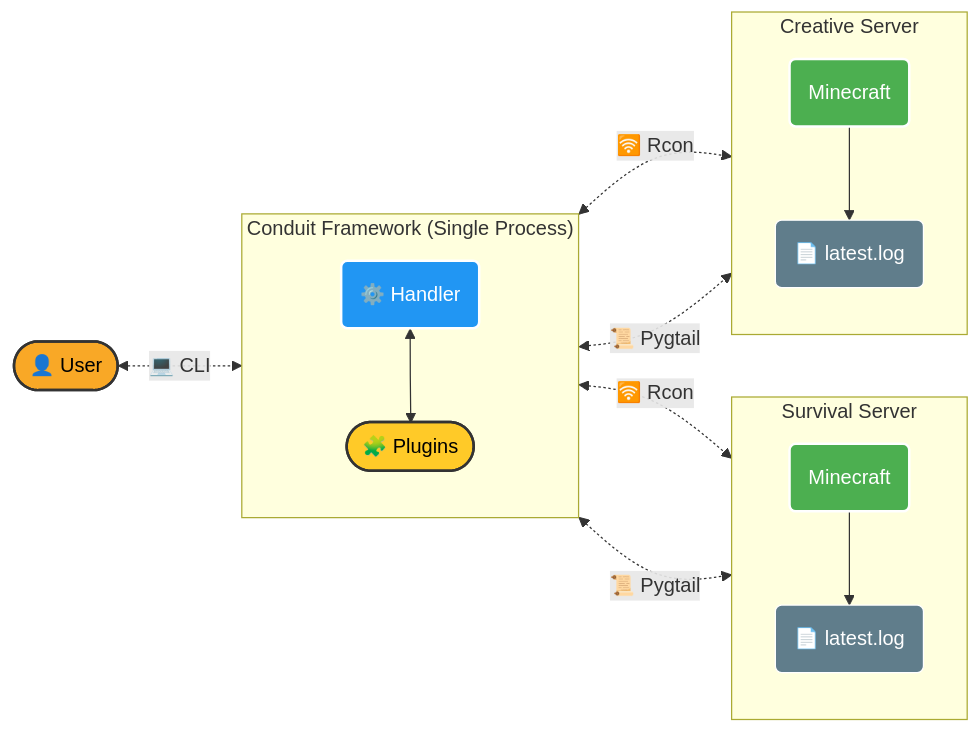
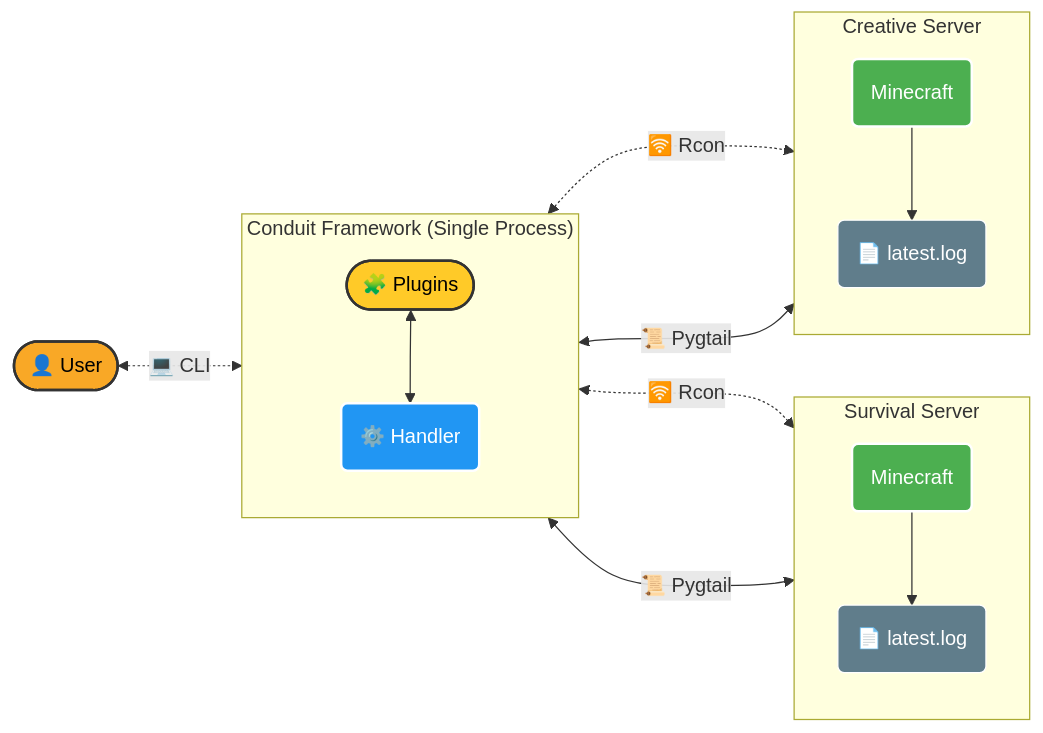
Before and after one commit to 1attila/test: the first of 2 diagrams in README.md, drawn with Mermaid.

````diff
--- a/README.md
+++ b/README.md
@@ -71,48 +71,48 @@
 ```mermaid
 flowchart LR
     %% Colors and Styles
     classDef user fill:#f9a826,stroke:#333,stroke-width:2px,color:#000;
     classDef conduit fill:#2196f3,stroke:#fff,stroke-width:2px,color:#fff;
     classDef plugin fill:#ffca28,stroke:#333,stroke-width:2px,color:#000;
     classDef mc fill:#4caf50,stroke:#fff,stroke-width:2px,color:#fff;
     classDef log fill:#607d8b,stroke:#fff,stroke-width:1px,color:#fff;
 
     U([👤 User]):::user
 
     subgraph ConduitSystem["Conduit Framework (Single Process)"]
         direction TB
 
         Handler(⚙️ Handler):::conduit
         Plug([🧩 Plugins]):::plugin
 
-        Handler <--> Plug
+        Plug <--> Handler
     end    
 
     %% Servers
     subgraph S1["Survival Server"]
         direction TB
 
         MC1(Minecraft):::mc
         L1(📄 latest.log):::log
         MC1 --> L1
     end
 
     subgraph S2 ["Creative Server"]
         direction TB
 
         MC2(Minecraft):::mc
         L2(📄 latest.log):::log
         MC2 --> L2
     end
 
     %% User Interaction
     U <-.->|💻 CLI| Handler
 
     %% Connections
 
     Handler <-.->|🛜 Rcon| MC1
-    Handler <-.->|📜 Pygtail| L1
+    Handler <--->|📜 Pygtail| L1
     
     Handler <-.->|🛜 Rcon| MC2
-    Handler <-.->|📜 Pygtail| L2
+    Handler <--->|📜 Pygtail| L2
 ```
````
